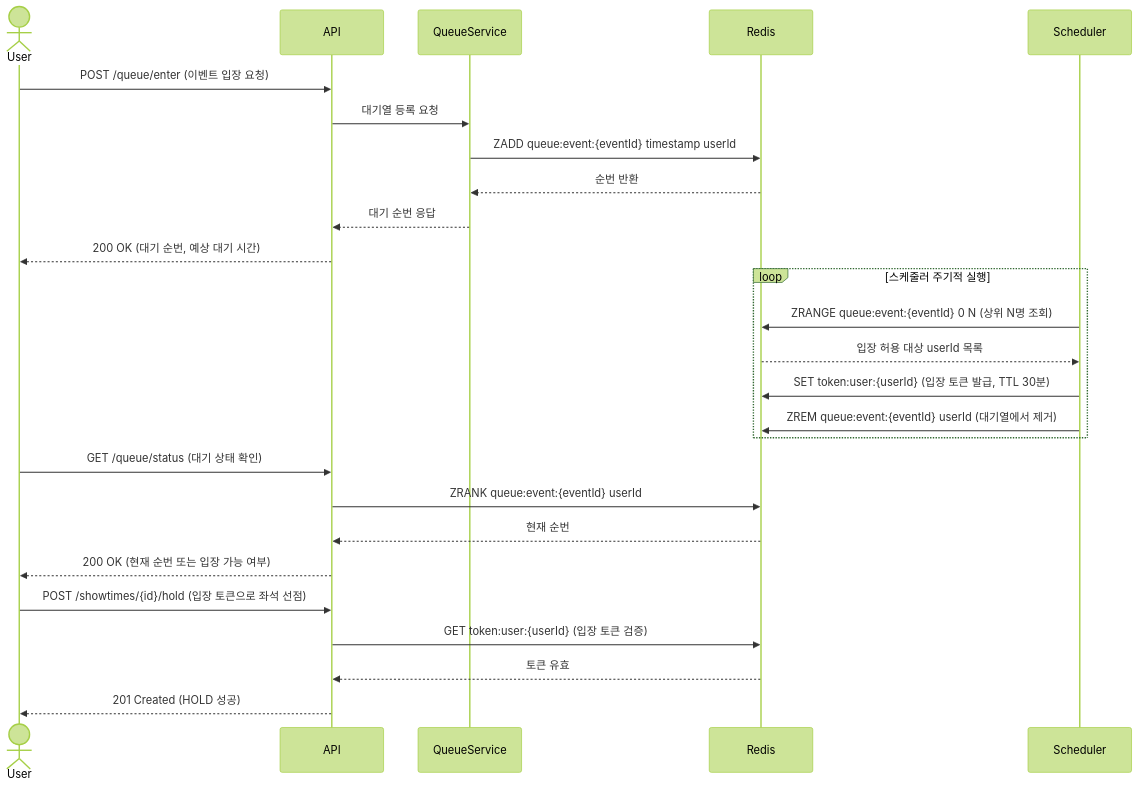
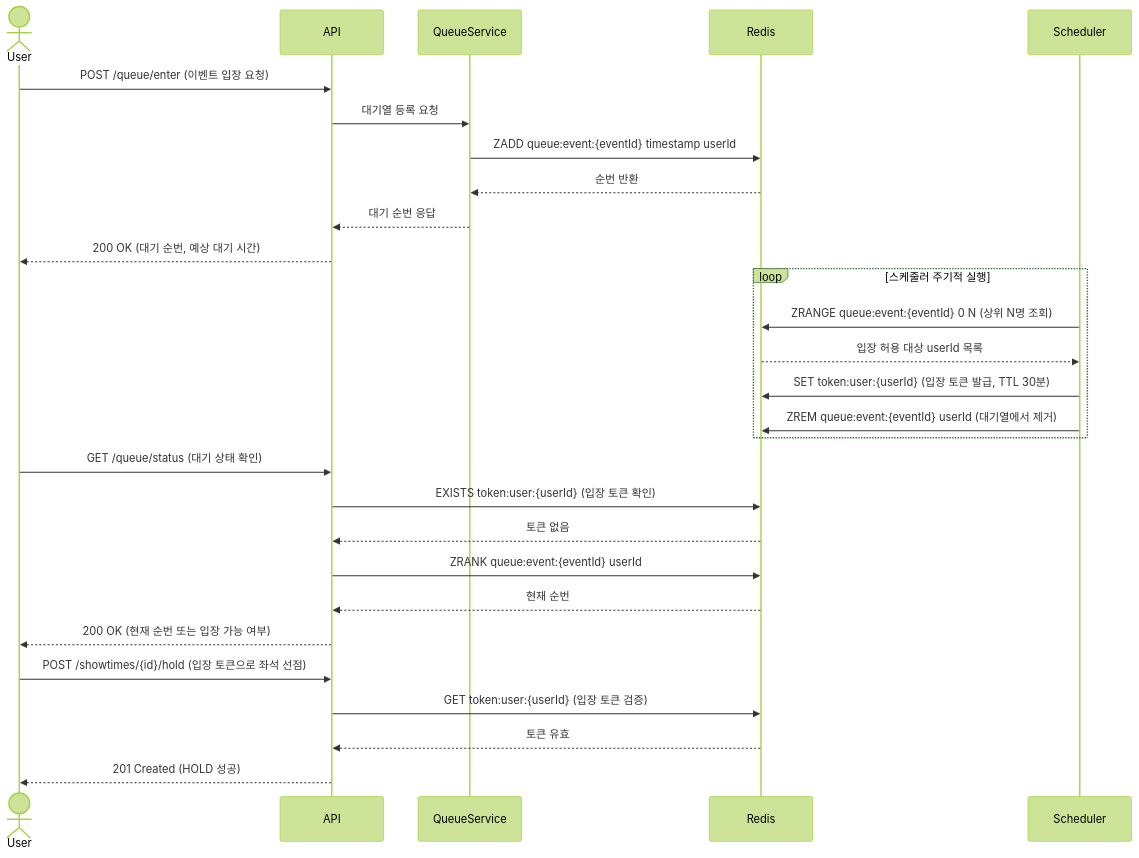
One commit to seungpil97/ticketing-reservation-service changed the second of 3 diagrams in docs/architecture/README.md. Above: the diagram before and after it, drawn with Mermaid (forest theme). The commit also changed other lines of this file and 18 other files, not shown here.

````diff
--- a/docs/architecture/README.md
+++ b/docs/architecture/README.md
@@ -50,32 +50,34 @@
 ```mermaid
 sequenceDiagram
     actor User
     participant API
     participant QueueService
     participant Redis
     participant Scheduler
 
     User->>API: POST /queue/enter (이벤트 입장 요청)
     API->>QueueService: 대기열 등록 요청
     QueueService->>Redis: ZADD queue:event:{eventId} timestamp userId
     Redis-->>QueueService: 순번 반환
     QueueService-->>API: 대기 순번 응답
     API-->>User: 200 OK (대기 순번, 예상 대기 시간)
 
     loop 스케줄러 주기적 실행
         Scheduler->>Redis: ZRANGE queue:event:{eventId} 0 N (상위 N명 조회)
         Redis-->>Scheduler: 입장 허용 대상 userId 목록
         Scheduler->>Redis: SET token:user:{userId} (입장 토큰 발급, TTL 30분)
         Scheduler->>Redis: ZREM queue:event:{eventId} userId (대기열에서 제거)
     end
 
     User->>API: GET /queue/status (대기 상태 확인)
+    API->>Redis: EXISTS token:user:{userId} (입장 토큰 확인)
+    Redis-->>API: 토큰 없음
     API->>Redis: ZRANK queue:event:{eventId} userId
     Redis-->>API: 현재 순번
     API-->>User: 200 OK (현재 순번 또는 입장 가능 여부)
 
     User->>API: POST /showtimes/{id}/hold (입장 토큰으로 좌석 선점)
     API->>Redis: GET token:user:{userId} (입장 토큰 검증)
     Redis-->>API: 토큰 유효
     API-->>User: 201 Created (HOLD 성공)
 ```
````
